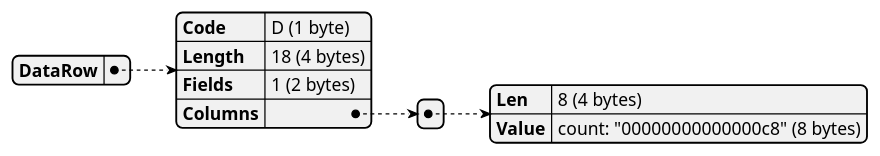
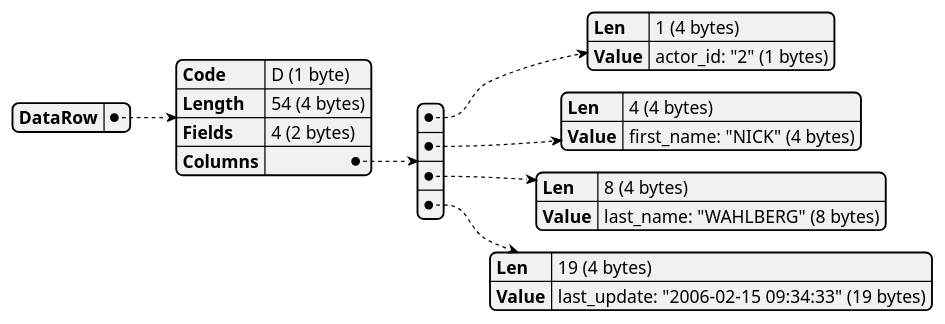
One commit to xfischer/pg_protoexport changed the third of 5 diagrams in docs/examples/exports/pagila-01-simple-query-single-statement/capture.plantuml.pkt.md. Above: the diagram before and after it, drawn with PlantUML. The commit also changed other lines of this file and 135 other files, not shown here.

````diff
--- a/docs/examples/exports/pagila-01-simple-query-single-statement/capture.plantuml.pkt.md
+++ b/docs/examples/exports/pagila-01-simple-query-single-statement/capture.plantuml.pkt.md
@@ -122,17 +69,29 @@
 ```plantuml
 @startjson
 {
   "DataRow": {
     "Code": "D (1 byte)",
-    "Length": "18 (4 bytes)",
-    "Fields": "1 (2 bytes)",
+    "Length": "54 (4 bytes)",
+    "Fields": "4 (2 bytes)",
     "Columns": [
       {
+        "Len": "1 (4 bytes)",
+        "Value": "actor_id: \"2\" (1 bytes)"
+      },
+      {
+        "Len": "4 (4 bytes)",
+        "Value": "first_name: \"NICK\" (4 bytes)"
+      },
+      {
         "Len": "8 (4 bytes)",
-        "Value": "count: \"00000000000000c8\" (8 bytes)"
+        "Value": "last_name: \"WAHLBERG\" (8 bytes)"
+      },
+      {
+        "Len": "19 (4 bytes)",
+        "Value": "last_update: \"2006-02-15 09:34:33\" (19 bytes)"
       }
     ]
   }
 }
 @endjson
 ```
````
